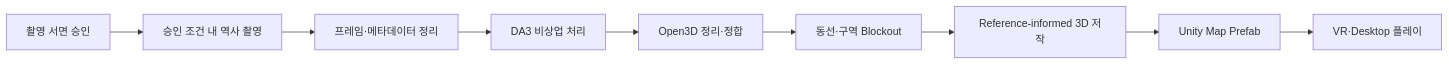
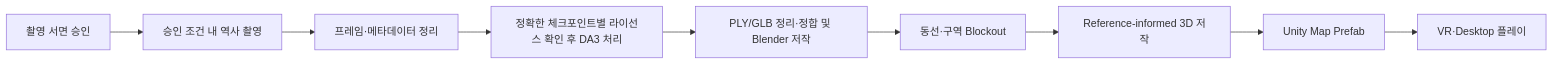
Before and after one commit to xrlab-dau/CHOOGuard: the third of 4 diagrams in docs/choo-guard-platform-architecture-v4.md, drawn with Mermaid. The commit also changed other lines of this file and 8 other files, not shown here.

````diff
--- a/docs/choo-guard-platform-architecture-v4.md
+++ b/docs/choo-guard-platform-architecture-v4.md
@@ -201,11 +201,11 @@
 ```mermaid
 flowchart LR
   APPROVAL[촬영 서면 승인] --> CAP[승인 조건 내 역사 촬영]
   CAP --> INGEST[프레임·메타데이터 정리]
-  INGEST --> DA3[DA3 비상업 처리]
-  DA3 --> O3D[Open3D 정리·정합]
+  INGEST --> DA3[정확한 체크포인트별 라이선스 확인 후 DA3 처리]
+  DA3 --> O3D[PLY/GLB 정리·정합 및 Blender 저작]
   O3D --> BLOCK[동선·구역 Blockout]
   BLOCK --> FLAT[Reference-informed 3D 저작]
   FLAT --> UNITY[Unity Map Prefab]
   UNITY --> PLAY[VR·Desktop 플레이]
 ```
````
